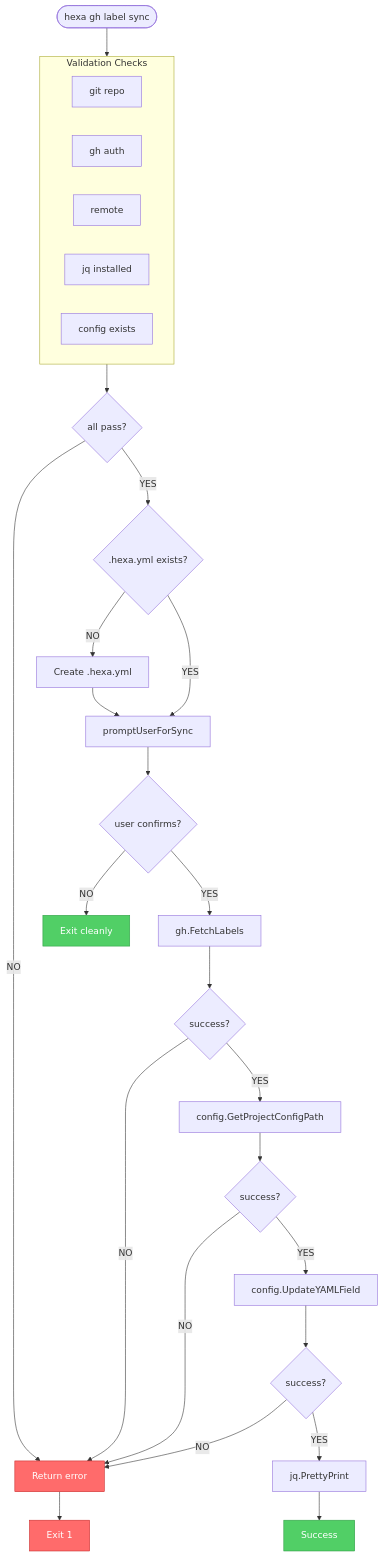
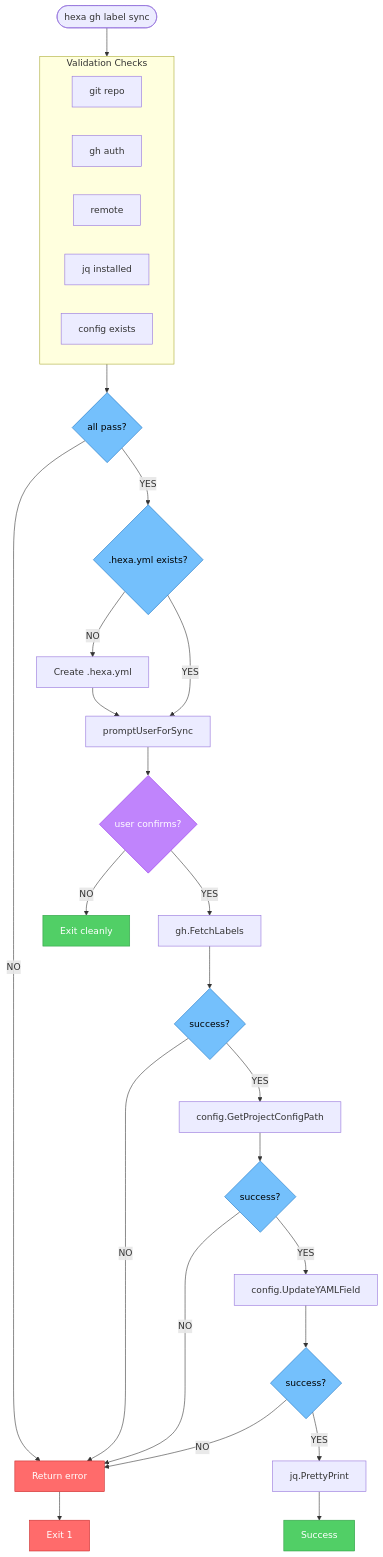
The diagram in cmd/gh/label/sync-flow.mermaid (hyphaene/hexa), drawn with Mermaid before and after one commit.

Commit message:
add colors

```diff
--- a/cmd/gh/label/sync-flow.mermaid
+++ b/cmd/gh/label/sync-flow.mermaid
@@ -1,55 +1,61 @@
 flowchart TD
     Start([hexa gh label sync])
 
     Start --> Checks
 
     subgraph Checks[Validation Checks]
         C1[git repo]
         C2[gh auth]
         C3[remote]
         C4[jq installed]
         C5[config exists]
     end
 
     Checks --> AllOk{all pass?}
     AllOk -->|NO| Err[Return error]
     AllOk -->|YES| ConfigExists{.hexa.yml exists?}
 
     ConfigExists -->|NO| CreateConfig[Create .hexa.yml]
     ConfigExists -->|YES| Prompt
 
     CreateConfig --> Prompt
 
     Prompt[promptUserForSync]
     Prompt --> Confirm{user confirms?}
 
     Confirm -->|NO| Exit[Exit cleanly]
     Confirm -->|YES| Fetch
 
     Fetch[gh.FetchLabels]
     Fetch --> FetchOk{success?}
 
     FetchOk -->|NO| Err
     FetchOk -->|YES| GetPath
 
     GetPath[config.GetProjectConfigPath]
     GetPath --> PathOk{success?}
 
     PathOk -->|NO| Err
     PathOk -->|YES| Update
 
     Update[config.UpdateYAMLField]
     Update --> UpdateOk{success?}
 
     UpdateOk -->|NO| Err
     UpdateOk -->|YES| Pretty
 
     Pretty[jq.PrettyPrint]
     Pretty --> Success[Success]
 
     Err --> Stop[Exit 1]
 
     style Success fill:#51cf66,stroke:#2f9e44,color:#fff
     style Exit fill:#51cf66,stroke:#2f9e44,color:#fff
     style Stop fill:#ff6b6b,stroke:#c92a2a,color:#fff
     style Err fill:#ff6b6b,stroke:#c92a2a,color:#fff
+    style AllOk fill:#74c0fc,stroke:#1971c2,color:#000
+    style FetchOk fill:#74c0fc,stroke:#1971c2,color:#000
+    style PathOk fill:#74c0fc,stroke:#1971c2,color:#000
+    style UpdateOk fill:#74c0fc,stroke:#1971c2,color:#000
+    style Confirm fill:#c084fc,stroke:#9333ea,color:#fff
+    style ConfigExists fill:#74c0fc,stroke:#1971c2,color:#000
```
